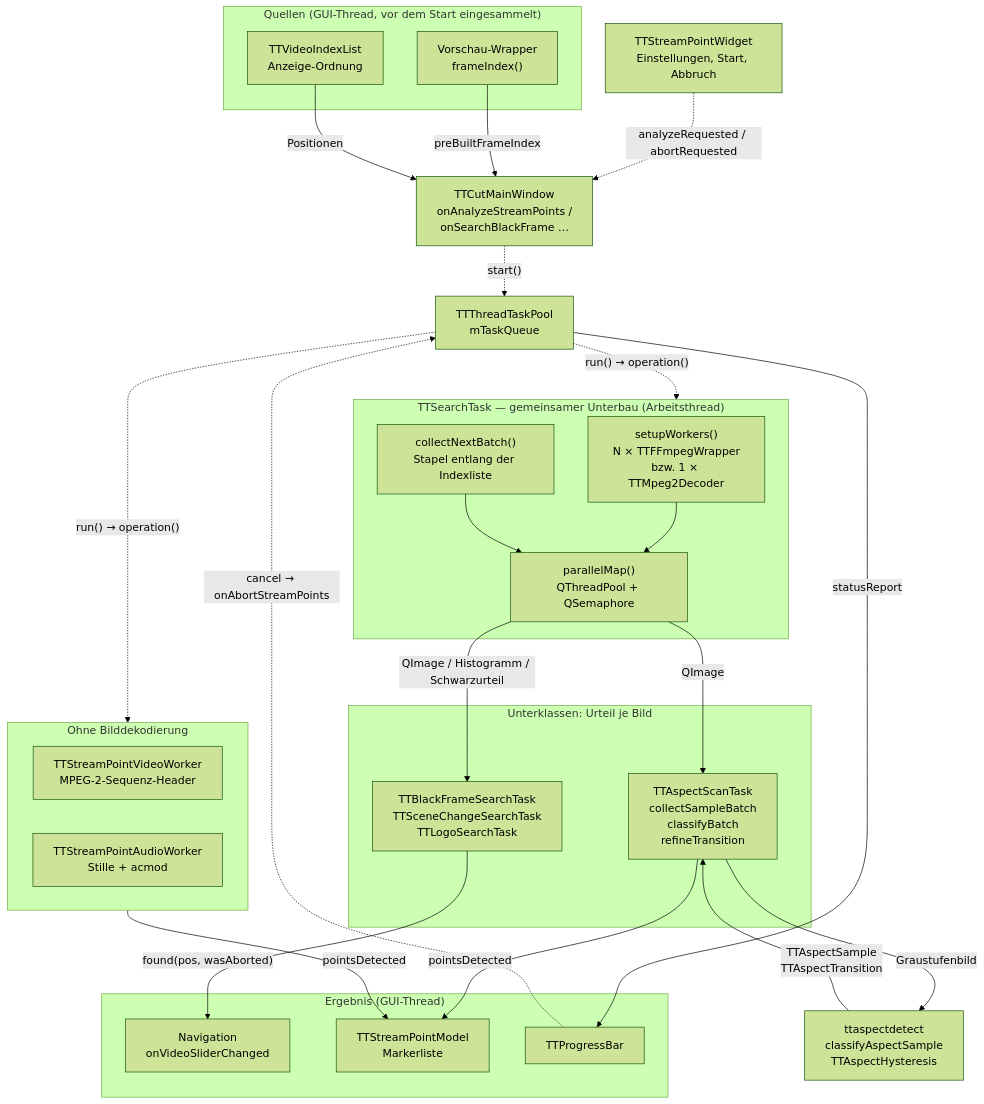
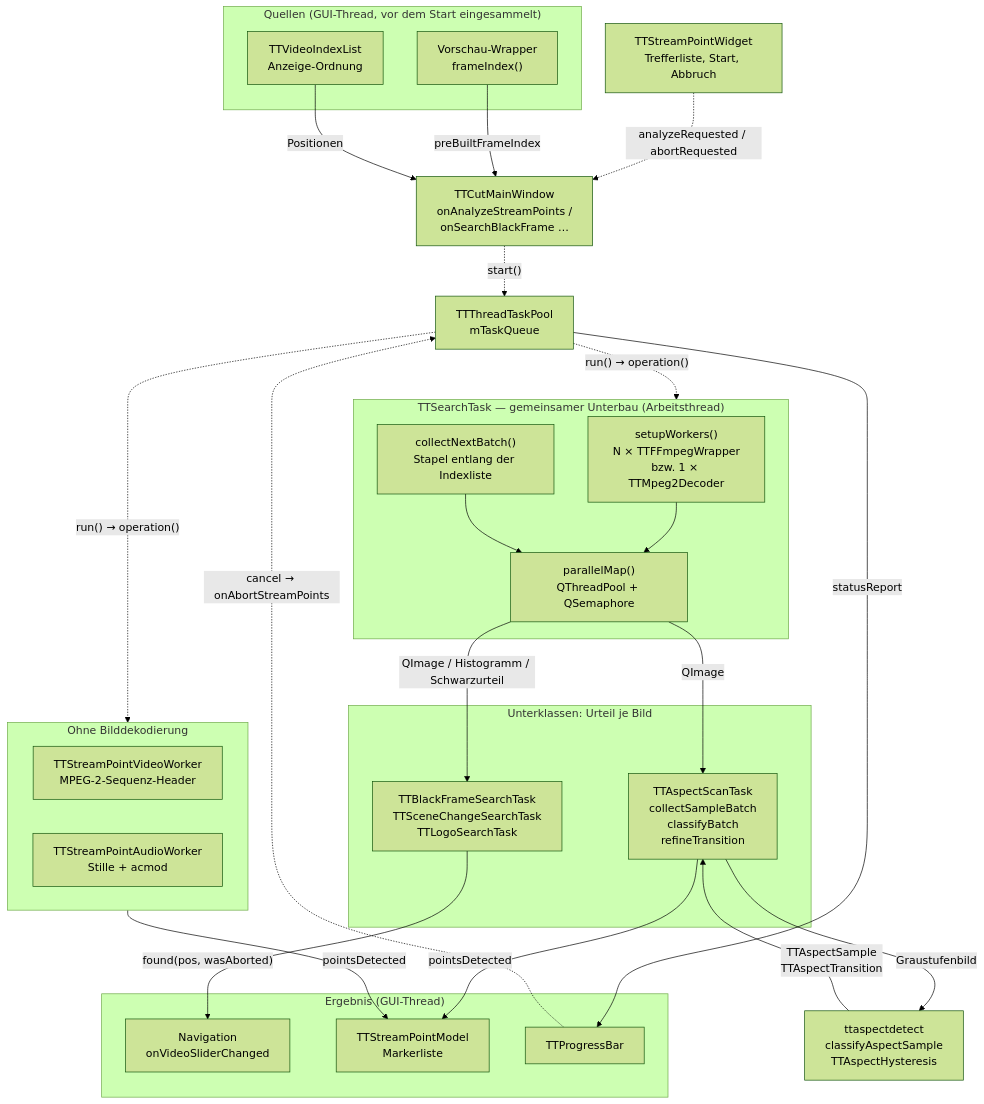
One commit to MINIXJR/TTCut-ng changed the diagram in docs/code-map/detection-and-search.md. Above: the diagram before and after it, drawn with Mermaid (forest theme). The commit also changed other lines of this file and 12 other files, not shown here.

````diff
--- a/docs/code-map/detection-and-search.md
+++ b/docs/code-map/detection-and-search.md
@@ -57,55 +57,55 @@
 ```mermaid
 flowchart TB
     subgraph SRC["Quellen (GUI-Thread, vor dem Start eingesammelt)"]
         PREV["Vorschau-Wrapper<br/>frameIndex()"]
         IDX["TTVideoIndexList<br/>Anzeige-Ordnung"]
     end
 
     MW["TTCutMainWindow<br/>onAnalyzeStreamPoints /<br/>onSearchBlackFrame …"]
-    WIDGET["TTStreamPointWidget<br/>Einstellungen, Start, Abbruch"]
+    WIDGET["TTStreamPointWidget<br/>Trefferliste, Start, Abbruch"]
     POOLQ["TTThreadTaskPool<br/>mTaskQueue"]
 
     subgraph BASE["TTSearchTask — gemeinsamer Unterbau (Arbeitsthread)"]
         SETUP["setupWorkers()<br/>N × TTFFmpegWrapper<br/>bzw. 1 × TTMpeg2Decoder"]
         BATCH["collectNextBatch()<br/>Stapel entlang der Indexliste"]
         PMAP["parallelMap()<br/>QThreadPool + QSemaphore"]
     end
 
     subgraph TASKS["Unterklassen: Urteil je Bild"]
         DIRT["TTBlackFrameSearchTask<br/>TTSceneChangeSearchTask<br/>TTLogoSearchTask"]
         ASPECT["TTAspectScanTask<br/>collectSampleBatch<br/>classifyBatch<br/>refineTransition"]
     end
 
     PURE["ttaspectdetect<br/>classifyAspectSample<br/>TTAspectHysteresis"]
 
     subgraph NODEC["Ohne Bilddekodierung"]
         VWORK["TTStreamPointVideoWorker<br/>MPEG-2-Sequenz-Header"]
         AWORK["TTStreamPointAudioWorker<br/>Stille + acmod"]
     end
 
     subgraph OUT["Ergebnis (GUI-Thread)"]
         NAV["Navigation<br/>onVideoSliderChanged"]
         MODEL["TTStreamPointModel<br/>Markerliste"]
         BAR["TTProgressBar"]
     end
 
     WIDGET -. "analyzeRequested / abortRequested" .-> MW
     PREV -- "preBuiltFrameIndex" --> MW
     IDX -- "Positionen" --> MW
     MW -. "start()" .-> POOLQ
     POOLQ -. "run() → operation()" .-> BASE
     POOLQ -. "run() → operation()" .-> NODEC
 
     SETUP --> PMAP
     BATCH --> PMAP
     PMAP -- "QImage / Histogramm / Schwarzurteil" --> DIRT
     PMAP -- "QImage" --> ASPECT
     ASPECT -- "Graustufenbild" --> PURE
     PURE -- "TTAspectSample<br/>TTAspectTransition" --> ASPECT
 
     DIRT -- "found(pos, wasAborted)" --> NAV
     ASPECT -- "pointsDetected" --> MODEL
     NODEC -- "pointsDetected" --> MODEL
     POOLQ -- "statusReport" --> BAR
     BAR -. "cancel → onAbortStreamPoints" .-> POOLQ
 ```
````
